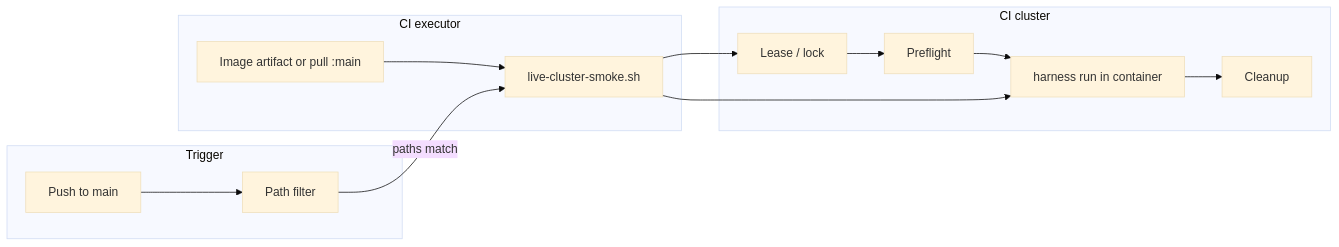
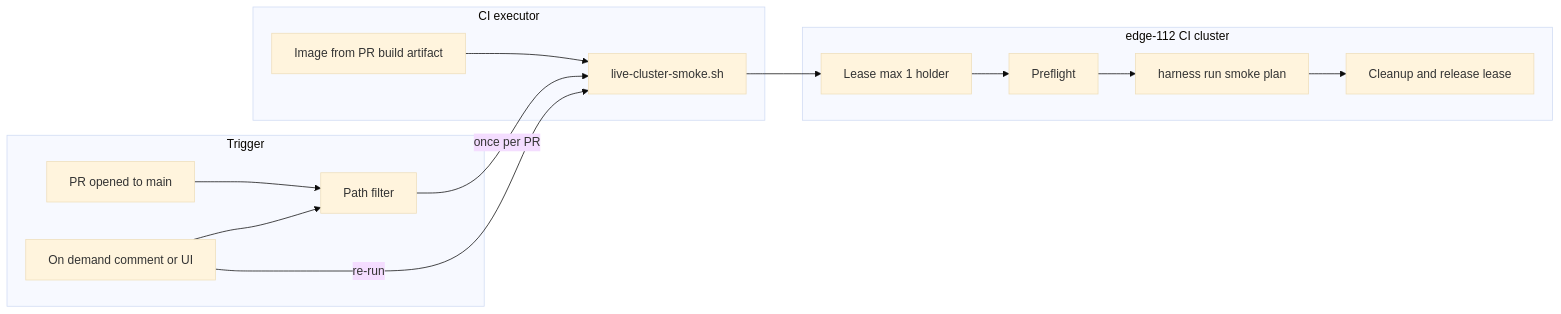
Before and after one commit to openshift-storage-cert/storage-cert-harness: the diagram in docs/design/storage-cert-harness-ci-smoke-test.md, drawn with Mermaid (base theme). The commit also changed other lines of this file and 2 other files, not shown here.

First line of the commit message:
docs: update CI smoke design and contributor runbook [skip ci]

````diff
--- a/docs/design/storage-cert-harness-ci-smoke-test.md
+++ b/docs/design/storage-cert-harness-ci-smoke-test.md
@@ -117,23 +39,25 @@
 ```mermaid
 flowchart LR
   subgraph trigger [Trigger]
-    M[Push to main]
+    PR[PR opened to main]
     PF[Path filter]
-    M --> PF
+    OD[On demand comment or UI]
+    PR --> PF
+    OD --> PF
   end
   subgraph ci [CI executor]
-    IB[Image artifact or pull :main]
+    IB[Image from PR build artifact]
     LS[live-cluster-smoke.sh]
     IB --> LS
   end
-  subgraph cluster [CI cluster]
-    LE[Lease / lock]
+  subgraph cluster [edge-112 CI cluster]
+    LE[Lease max 1 holder]
     PRE[Preflight]
-    RUN[harness run in container]
-    CLN[Cleanup]
+    RUN[harness run smoke plan]
+    CLN[Cleanup and release lease]
     LE --> PRE --> RUN --> CLN
   end
-  PF -->|paths match| LS
+  PF -->|once per PR| LS
+  OD -->|re-run| LS
   LS --> LE
-  LS --> RUN
 ```
````
